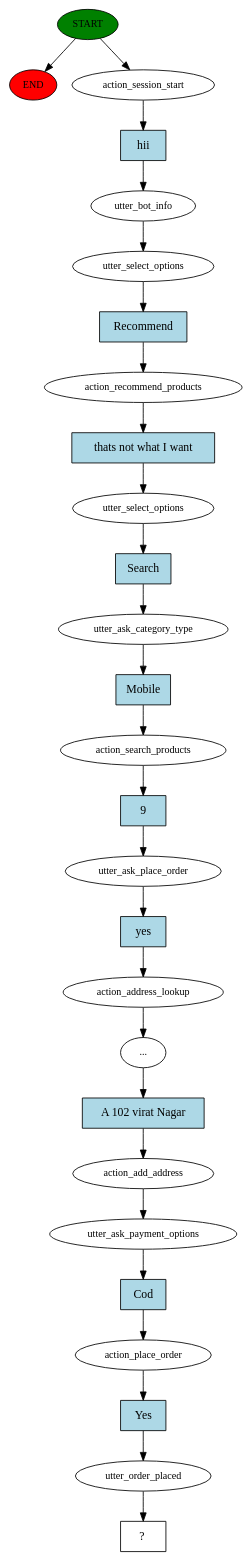
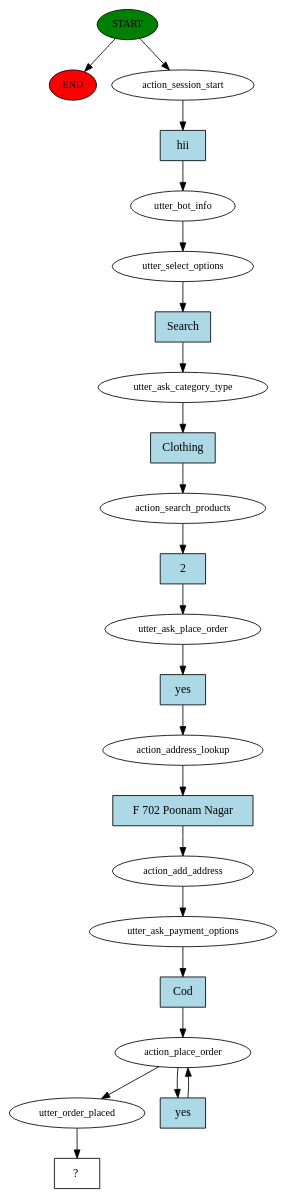
One commit to hrushikesh009/ChatBot changed the diagram in story_graph.dot. Above: the diagram before and after it, drawn with Graphviz. The commit also changed 10 other files, not shown here.

```diff
--- a/story_graph.dot
+++ b/story_graph.dot
@@ -1,55 +1,46 @@
 digraph  {
 0 [class="start active", fillcolor=green, fontsize=12, label=START, style=filled];
 "-1" [class=end, fillcolor=red, fontsize=12, label=END, style=filled];
 1 [class=active, fontsize=12, label=action_session_start];
 2 [class=active, fontsize=12, label=utter_bot_info];
 3 [class=active, fontsize=12, label=utter_select_options];
-4 [class=active, fontsize=12, label=action_recommend_products];
-5 [class=active, fontsize=12, label=utter_select_options];
-6 [class=active, fontsize=12, label=utter_ask_category_type];
-7 [class=active, fontsize=12, label=action_search_products];
-8 [class=active, fontsize=12, label=utter_ask_place_order];
-9 [class=active, fontsize=12, label=action_address_lookup];
-10 [class=active, fontsize=12, label="..."];
-11 [class=active, fontsize=12, label=action_add_address];
-12 [class=active, fontsize=12, label=utter_ask_payment_options];
-13 [class=active, fontsize=12, label=action_place_order];
-14 [class=active, fontsize=12, label=utter_order_placed];
-15 [class="intent dashed active", label="  ?  ", shape=rect];
-16 [class="intent active", fillcolor=lightblue, label=hii, shape=rect, style=filled];
-17 [class="intent active", fillcolor=lightblue, label=Recommend, shape=rect, style=filled];
-18 [class="intent active", fillcolor=lightblue, label="thats not what I want", shape=rect, style=filled];
-19 [class="intent active", fillcolor=lightblue, label=Search, shape=rect, style=filled];
-20 [class="intent active", fillcolor=lightblue, label=Mobile, shape=rect, style=filled];
-21 [class="intent active", fillcolor=lightblue, label=9, shape=rect, style=filled];
-22 [class="intent active", fillcolor=lightblue, label=yes, shape=rect, style=filled];
-23 [class="intent active", fillcolor=lightblue, label="A 102 virat Nagar", shape=rect, style=filled];
-24 [class="intent active", fillcolor=lightblue, label=Cod, shape=rect, style=filled];
-25 [class="intent active", fillcolor=lightblue, label=Yes, shape=rect, style=filled];
+4 [class=active, fontsize=12, label=utter_ask_category_type];
+5 [class=active, fontsize=12, label=action_search_products];
+6 [class=active, fontsize=12, label=utter_ask_place_order];
+7 [class=active, fontsize=12, label=action_address_lookup];
+8 [class=active, fontsize=12, label=action_add_address];
+9 [class=active, fontsize=12, label=utter_ask_payment_options];
+10 [class=active, fontsize=12, label=action_place_order];
+12 [class=active, fontsize=12, label=utter_order_placed];
+13 [class="intent dashed active", label="  ?  ", shape=rect];
+14 [class="intent active", fillcolor=lightblue, label=hii, shape=rect, style=filled];
+15 [class="intent active", fillcolor=lightblue, label=Search, shape=rect, style=filled];
+16 [class="intent active", fillcolor=lightblue, label=Clothing, shape=rect, style=filled];
+17 [class="intent active", fillcolor=lightblue, label=2, shape=rect, style=filled];
+18 [class="intent active", fillcolor=lightblue, label=yes, shape=rect, style=filled];
+19 [class="intent active", fillcolor=lightblue, label="F 702 Poonam Nagar", shape=rect, style=filled];
+20 [class="intent active", fillcolor=lightblue, label=Cod, shape=rect, style=filled];
+21 [class="intent active", fillcolor=lightblue, label=yes, shape=rect, style=filled];
 0 -> "-1"  [class="", key=NONE, label=""];
 0 -> 1  [class=active, key=NONE, label=""];
-1 -> 16  [class=active, key=0];
+1 -> 14  [class=active, key=0];
 2 -> 3  [class=active, key=NONE, label=""];
-3 -> 17  [class=active, key=0];
-4 -> 18  [class=active, key=0];
-5 -> 19  [class=active, key=0];
-6 -> 20  [class=active, key=0];
-7 -> 21  [class=active, key=0];
-8 -> 22  [class=active, key=0];
-9 -> 10  [class=active, key=NONE, label=""];
-10 -> 23  [class=active, key=0];
-11 -> 12  [class=active, key=NONE, label=""];
-12 -> 24  [class=active, key=0];
-13 -> 25  [class=active, key=0];
-14 -> 15  [class=active, key=NONE, label=""];
-16 -> 2  [class=active, key=0];
-17 -> 4  [class=active, key=0];
-18 -> 5  [class=active, key=0];
-19 -> 6  [class=active, key=0];
-20 -> 7  [class=active, key=0];
-21 -> 8  [class=active, key=0];
-22 -> 9  [class=active, key=0];
-23 -> 11  [class=active, key=0];
-24 -> 13  [class=active, key=0];
-25 -> 14  [class=active, key=0];
+3 -> 15  [class=active, key=0];
+4 -> 16  [class=active, key=0];
+5 -> 17  [class=active, key=0];
+6 -> 18  [class=active, key=0];
+7 -> 19  [class=active, key=0];
+8 -> 9  [class=active, key=NONE, label=""];
+9 -> 20  [class=active, key=0];
+10 -> 12  [class=active, key=NONE, label=""];
+10 -> 21  [class=active, key=0];
+12 -> 13  [class=active, key=NONE, label=""];
+14 -> 2  [class=active, key=0];
+15 -> 4  [class=active, key=0];
+16 -> 5  [class=active, key=0];
+17 -> 6  [class=active, key=0];
+18 -> 7  [class=active, key=0];
+19 -> 8  [class=active, key=0];
+20 -> 10  [class=active, key=0];
+21 -> 10  [class=active, key=0];
 }
```
